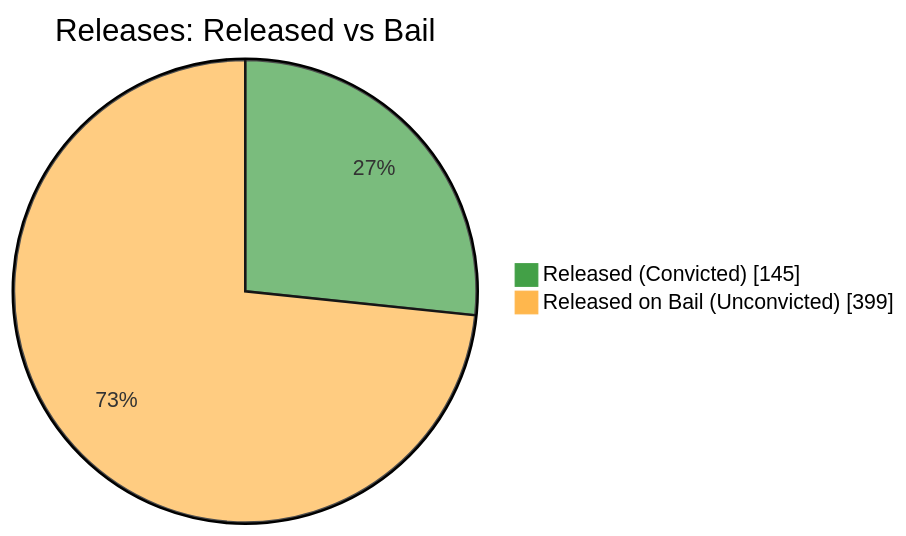
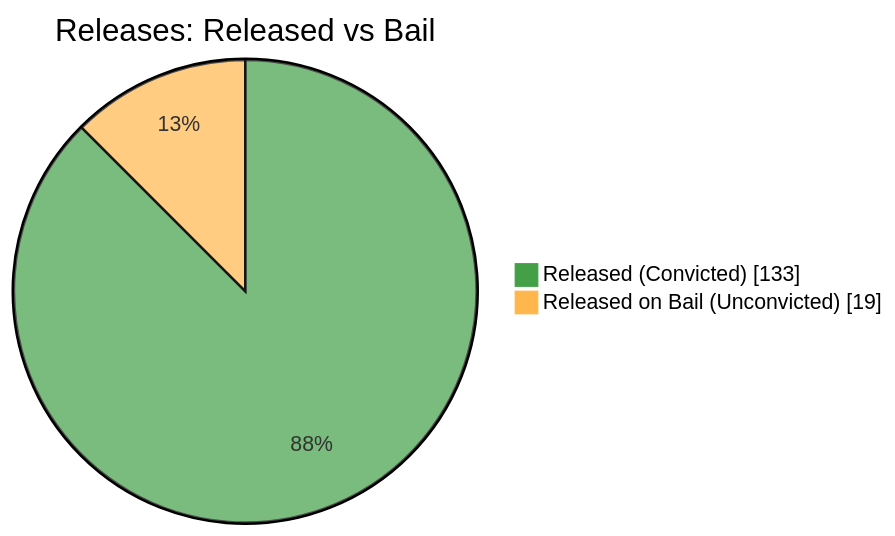
The fifth of 7 diagrams in README.md (nuuuwan/lk_prisons), drawn with Mermaid before and after one commit. The commit also changed other lines of this file and 1 other file, not shown here.

````diff
--- a/README.md
+++ b/README.md
@@ -87,6 +87,6 @@
 ```mermaid
 %%{init: {'themeVariables': {'pie1': '#43A047', 'pie2': '#FFB74D'}}}%%
 pie showData title Releases: Released vs Bail
-    "Released (Convicted)" : 145
-    "Released on Bail (Unconvicted)" : 399
+    "Released (Convicted)" : 133
+    "Released on Bail (Unconvicted)" : 19
 ```
````
